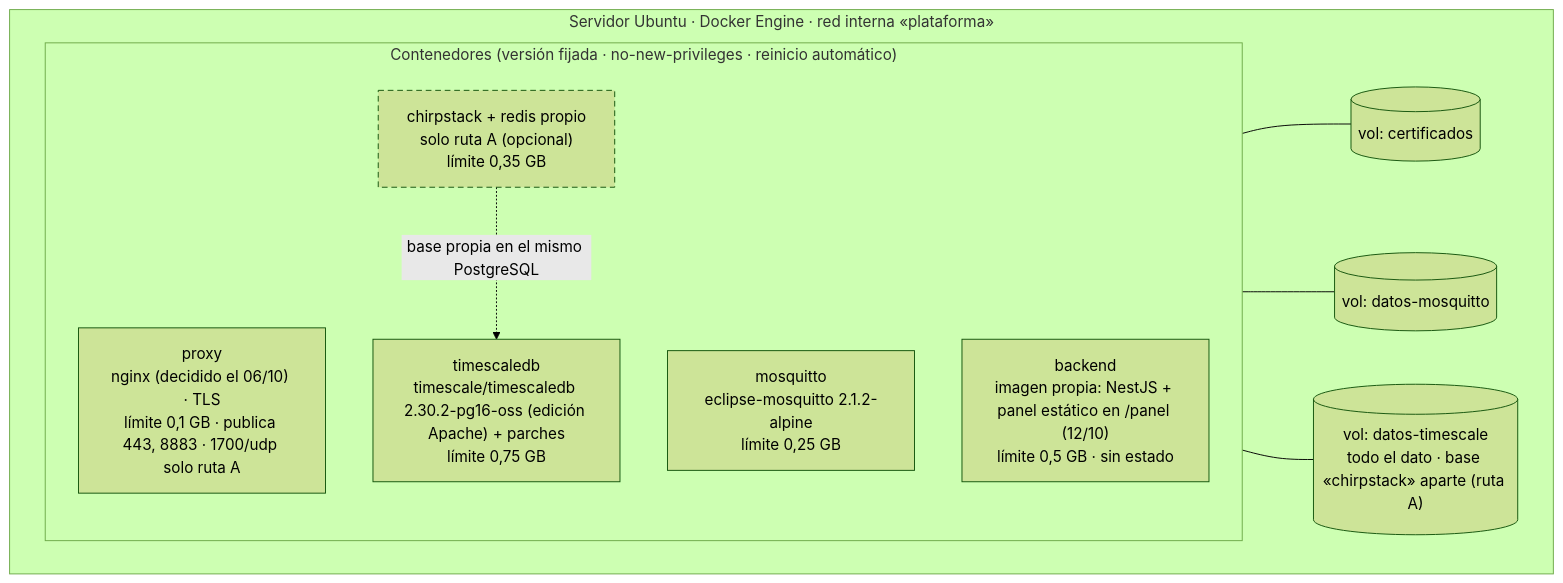
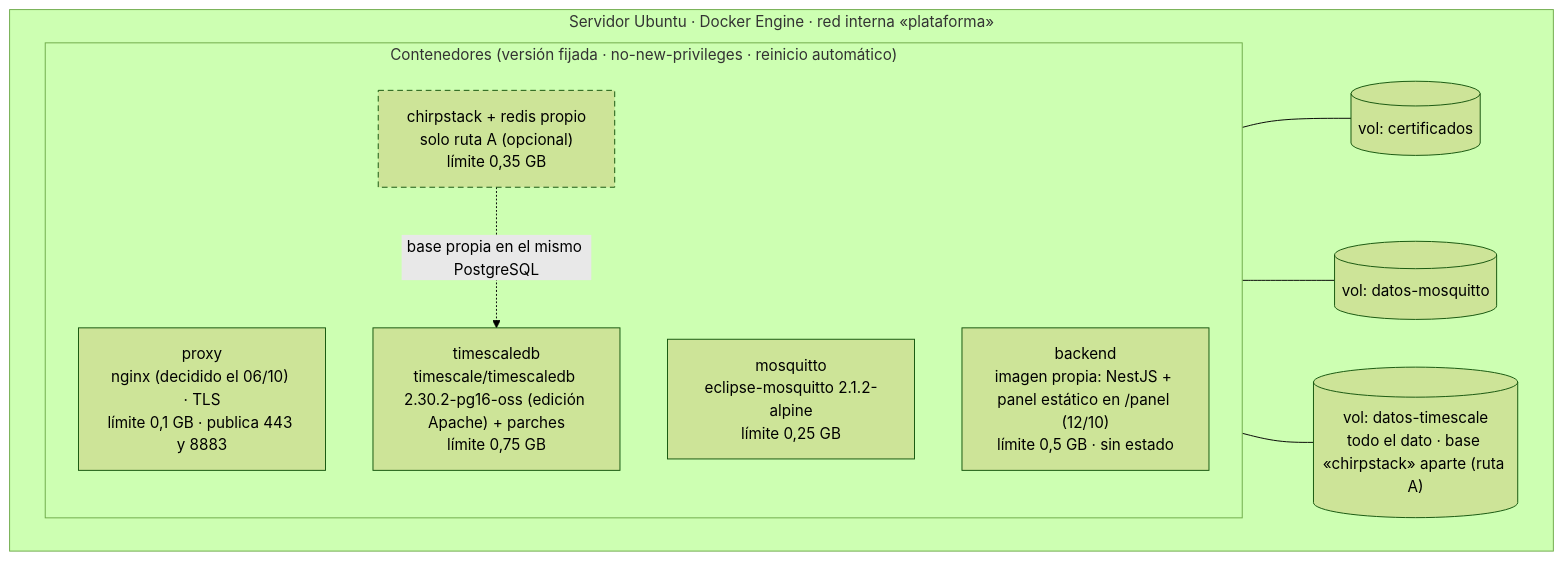
One commit to vicenterami/tesis changed the seventh of 7 diagrams in docs/10-arquitectura.md. Above: the diagram before and after it, drawn with Mermaid (forest theme). The commit also changed other lines of this file and 18 other files, not shown here.

First line of the commit message:
Ruta A con Basics Station en vez de UDP 1700; vías numeradas por protocolo

````diff
--- a/docs/10-arquitectura.md
+++ b/docs/10-arquitectura.md
@@ -675,23 +678,23 @@
 ```mermaid
 flowchart TB
     subgraph HOST["Servidor Ubuntu · Docker Engine · red interna «plataforma»"]
         direction LR
         subgraph SVC["Contenedores (versión fijada · no-new-privileges · reinicio automático)"]
             direction TB
-            C5["proxy<br/>nginx (decidido el 06/10) · TLS<br/>límite 0,1 GB · publica 443, 8883 · 1700/udp solo ruta A"]
+            C5["proxy<br/>nginx (decidido el 06/10) · TLS<br/>límite 0,1 GB · publica 443 y 8883"]
             C1["mosquitto<br/>eclipse-mosquitto 2.1.2-alpine<br/>límite 0,25 GB"]
             C2["chirpstack + redis propio<br/>solo ruta A (opcional)<br/>límite 0,35 GB"]
             C4["backend<br/>imagen propia: NestJS + panel estático en /panel (12/10)<br/>límite 0,5 GB · sin estado"]
             C3["timescaledb<br/>timescale/timescaledb 2.30.2-pg16-oss (edición Apache) + parches<br/>límite 0,75 GB"]
         end
         V4[("vol: certificados")]
         V2[("vol: datos-mosquitto")]
         V1[("vol: datos-timescale<br/>todo el dato · base «chirpstack» aparte (ruta A)")]
     end
     C5 --- V4
     C1 --- V2
     C3 --- V1
     C2 -. "base propia en el mismo PostgreSQL" .-> C3
     classDef opcional stroke-dasharray:6 4
     class C2 opcional
 ```
````
